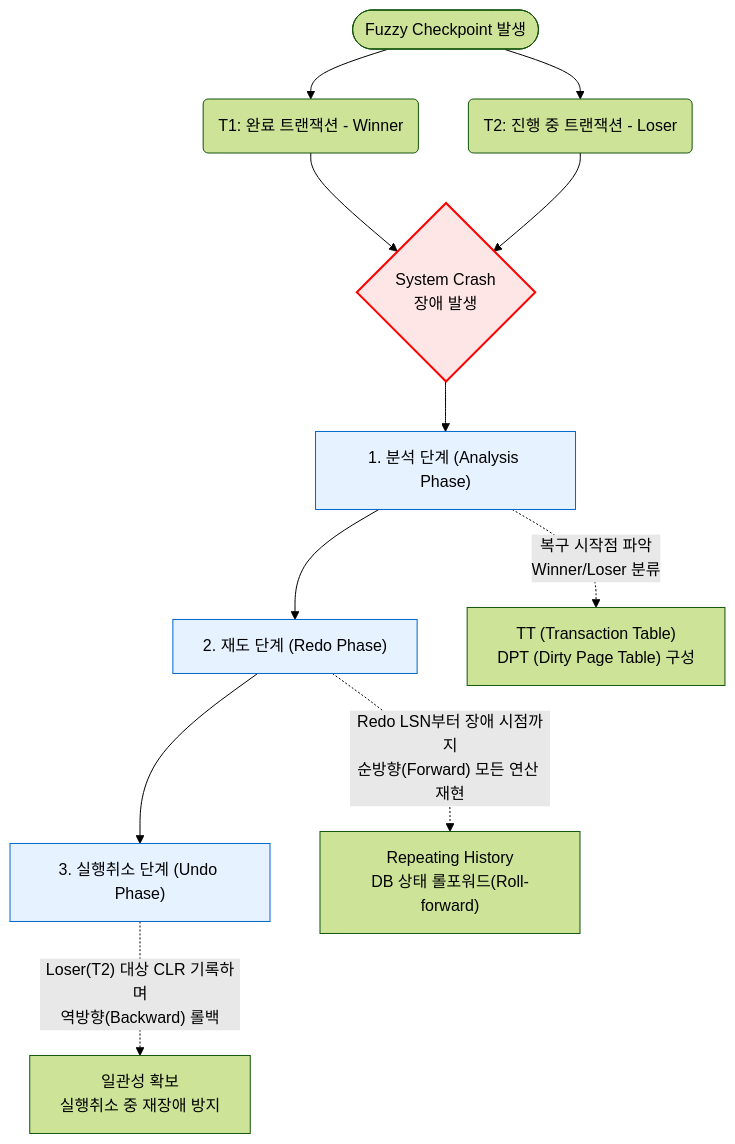
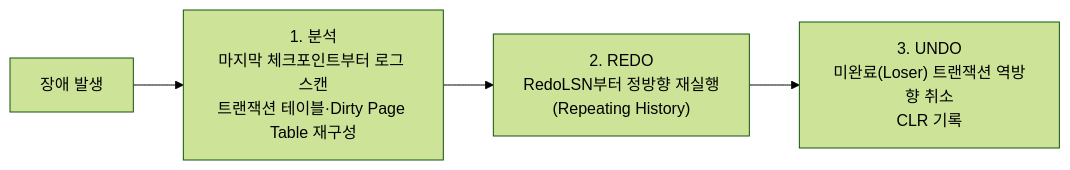
Before and after one commit to supremethumb/supremethumb.github.io: the diagram in content/01_IT Tech/ARIES.md, drawn with Mermaid (forest theme). The commit also changed other lines of this file and 1087 other files, not shown here.

````diff
--- a/content/01_IT Tech/ARIES.md
+++ b/content/01_IT Tech/ARIES.md
@@ -29,21 +34,6 @@
 ```mermaid
-flowchart TD
-    CKPT([Fuzzy Checkpoint 발생]) --> T1(T1: 완료 트랜잭션 - Winner)
-    CKPT --> T2(T2: 진행 중 트랜잭션 - Loser)
-    T1 --> CRASH{System Crash<br/>장애 발생}
-    T2 --> CRASH
-
-    CRASH --> PHASE1["1. 분석 단계 (Analysis Phase)"]
-    PHASE1 --> PHASE2["2. 재도 단계 (Redo Phase)"]
-    PHASE2 --> PHASE3["3. 실행취소 단계 (Undo Phase)"]
-
-    PHASE1 -.-> |"복구 시작점 파악<br/>Winner/Loser 분류"| TT["TT (Transaction Table)<br/>DPT (Dirty Page Table) 구성"]
-    PHASE2 -.-> |"Redo LSN부터 장애 시점까지<br/>순방향(Forward) 모든 연산 재현"| REDO["Repeating History<br/>DB 상태 롤포워드(Roll-forward)"]
-    PHASE3 -.-> |"Loser(T2) 대상 CLR 기록하며<br/>역방향(Backward) 롤백"| UNDO["일관성 확보<br/>실행취소 중 재장애 방지"]
-    
-    style CRASH fill:#ffe6e6,stroke:#ff0000,stroke-width:2px
-    style PHASE1 fill:#e6f2ff,stroke:#0066cc,stroke-width:1px
-    style PHASE2 fill:#e6f2ff,stroke:#0066cc,stroke-width:1px
-    style PHASE3 fill:#e6f2ff,stroke:#0066cc,stroke-width:1px
-
+flowchart LR
+    C["장애 발생"] --> A["1. 분석<br/>마지막 체크포인트부터 로그 스캔<br/>트랜잭션 테이블·Dirty Page Table 재구성"]
+    A --> R["2. REDO<br/>RedoLSN부터 정방향 재실행<br/>(Repeating History)"]
+    R --> U["3. UNDO<br/>미완료(Loser) 트랜잭션 역방향 취소<br/>CLR 기록"]
 ```
````
